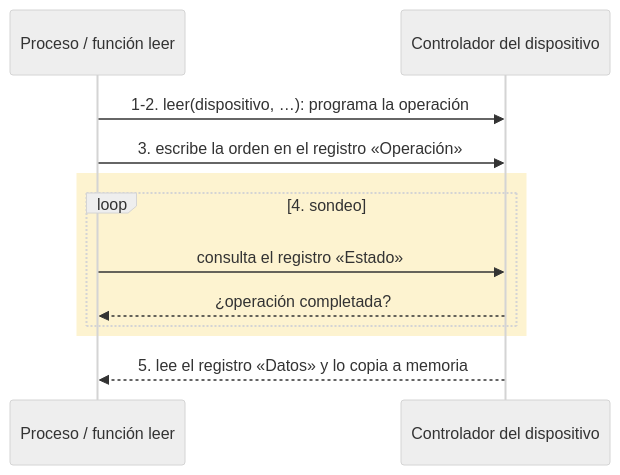
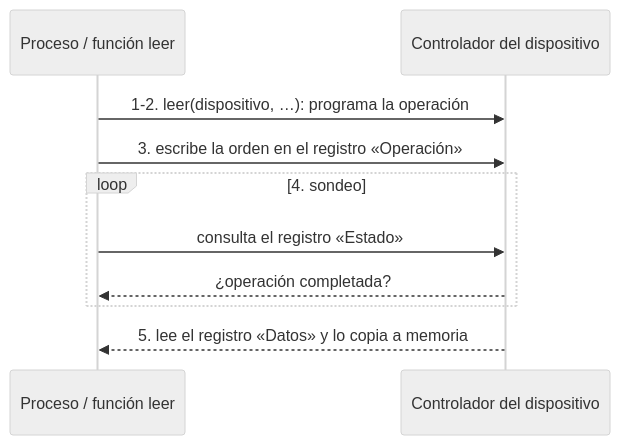
Before and after one commit to asiermarzo/ssoo: the third of 5 diagrams in TEORIA/11-dispositivos-de-es/README.md, drawn with Mermaid (neutral theme). The commit also changed other lines of this file and 12 other files, not shown here.

Commit message:
ajuste subrects de mermaids

````diff
--- a/TEORIA/11-dispositivos-de-es/README.md
+++ b/TEORIA/11-dispositivos-de-es/README.md
@@ -76,14 +74,12 @@
 ```mermaid
 sequenceDiagram
     participant P as Proceso / función leer
     participant C as Controlador del dispositivo
     P->>C: 1-2. leer(dispositivo, …): programa la operación
     P->>C: 3. escribe la orden en el registro «Operación»
-    rect rgb(253, 243, 208)
-        loop 4. sondeo
-            P->>C: consulta el registro «Estado»
-            C-->>P: ¿operación completada?
-        end
+    loop 4. sondeo
+        P->>C: consulta el registro «Estado»
+        C-->>P: ¿operación completada?
     end
     C-->>P: 5. lee el registro «Datos» y lo copia a memoria
 ```
````
